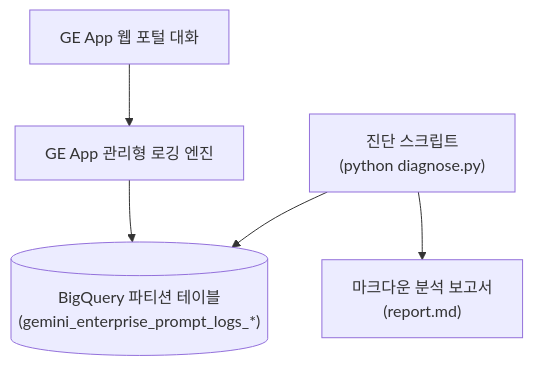
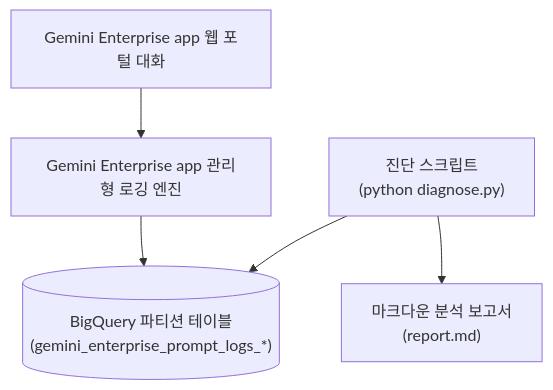
The diagram in samples/gemini-enterprise-usage-by-account/docs/TDD.md (jiangjun-forge/google-cloud-0-to-1), drawn with Mermaid before and after one commit. The commit also changed other lines of this file and 34 other files, not shown here.

````diff
--- a/samples/gemini-enterprise-usage-by-account/docs/TDD.md
+++ b/samples/gemini-enterprise-usage-by-account/docs/TDD.md
@@ -23,7 +23,7 @@
 ```mermaid
 flowchart TD
-    GE["GE App 웹 포털 대화"] --> Engine["GE App 관리형 로깅 엔진"]
+    GE["Gemini Enterprise app 웹 포털 대화"] --> Engine["Gemini Enterprise app 관리형 로깅 엔진"]
     Engine --> BQ[("BigQuery 파티션 테이블<br/>(gemini_enterprise_prompt_logs_*)")]
     CLI["진단 스크립트<br/>(python diagnose.py)"] --> BQ
     CLI --> Report["마크다운 분석 보고서<br/>(report.md)"]
 ```
````
